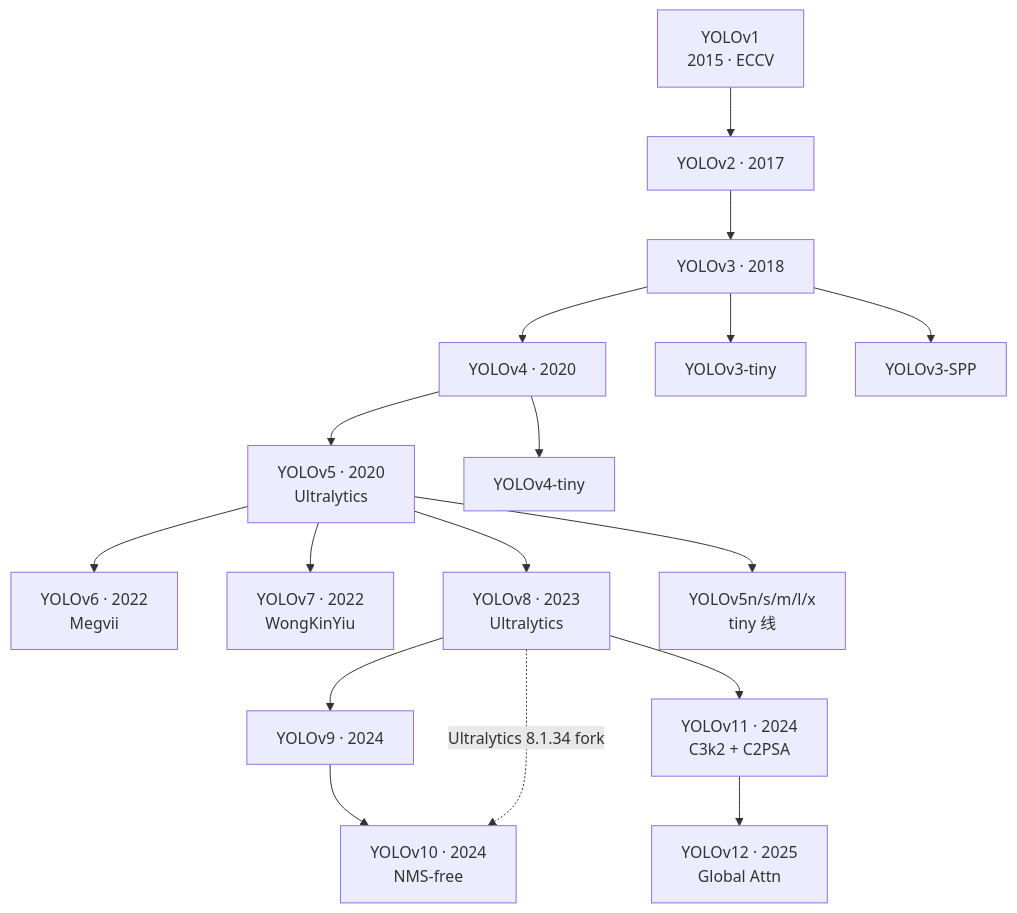
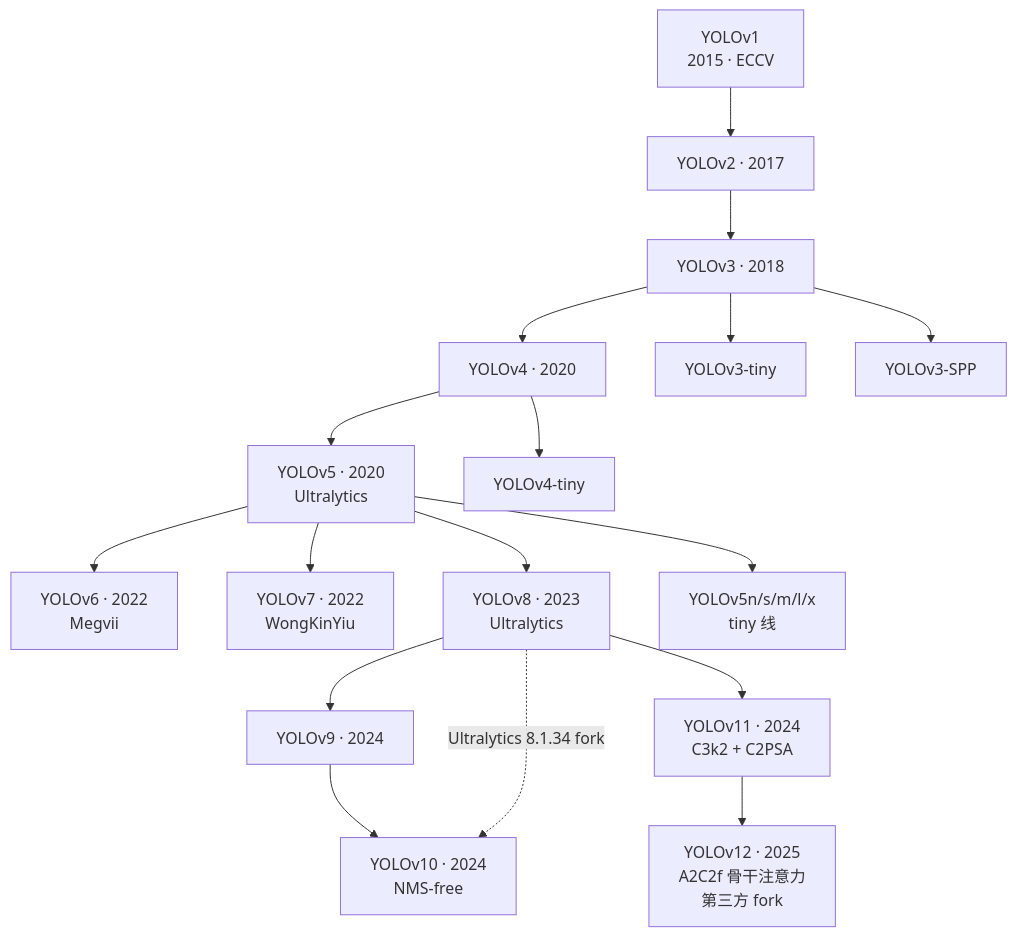
One commit to yejinlei/agent-yolo changed the first of 3 diagrams in docs/global/family.md. Above: the diagram before and after it, drawn with Mermaid. The commit also changed other lines of this file and 32 other files, not shown here.

First line of the commit message:
YOLOv12 文档体系上线：10 主页面 + 5 源码页 + 全站反哺与源码级事实纠错 快照口径：sunsmarterjie/yolov12 tag v1.0 @ b1035f8f（2025-02-19，fork 自 ultralytics 8.3.63，AGPL-3.0）

````diff
--- a/docs/global/family.md
+++ b/docs/global/family.md
@@ -7,22 +7,22 @@
 ```mermaid
 flowchart TB
   V1[YOLOv1<br/>2015 · ECCV] --> V2[YOLOv2 · 2017]
   V2 --> V3[YOLOv3 · 2018]
   V3 --> V4[YOLOv4 · 2020]
   V3 --> V3T[YOLOv3-tiny]
   V3 --> V3S[YOLOv3-SPP]
 
   V4 --> V5[YOLOv5 · 2020<br/>Ultralytics]
   V4 --> V4T[YOLOv4-tiny]
 
   V5 --> V6[YOLOv6 · 2022<br/>Megvii]
   V5 --> V7[YOLOv7 · 2022<br/>WongKinYiu]
   V5 --> V8[YOLOv8 · 2023<br/>Ultralytics]
   V5 --> V5N[YOLOv5n/s/m/l/x<br/>tiny 线]
 
   V8 --> V9[YOLOv9 · 2024]
   V9 --> V10[YOLOv10 · 2024<br/>NMS-free]
   V8 -.->|"Ultralytics 8.1.34 fork"| V10
   V8 --> V11[YOLOv11 · 2024<br/>C3k2 + C2PSA]
-  V11 --> V12[YOLOv12 · 2025<br/>Global Attn]
+  V11 --> V12[YOLOv12 · 2025<br/>A2C2f 骨干注意力<br/>第三方 fork]
 ```
````
